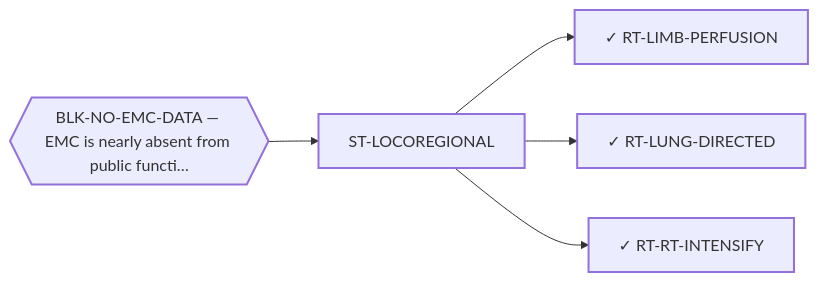
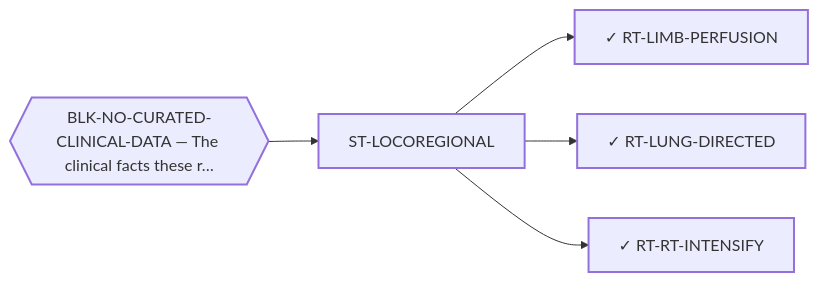
One commit to trimcrae/Rare-cancers changed the diagram in systems/views/L1-st-locoregional.md. Above: the diagram before and after it, drawn with Mermaid. The commit also changed other lines of this file and 41 other files, not shown here.

````diff
--- a/systems/views/L1-st-locoregional.md
+++ b/systems/views/L1-st-locoregional.md
@@ -36,17 +36,17 @@
 ```mermaid
 flowchart LR
   ST_LOCOREGIONAL["ST-LOCOREGIONAL"]:::fam
   RT_LIMB_PERFUSION["✓ RT-LIMB-PERFUSION"]:::fam
   ST_LOCOREGIONAL --> RT_LIMB_PERFUSION
   RT_LUNG_DIRECTED["✓ RT-LUNG-DIRECTED"]:::fam
   ST_LOCOREGIONAL --> RT_LUNG_DIRECTED
   RT_RT_INTENSIFY["✓ RT-RT-INTENSIFY"]:::fam
   ST_LOCOREGIONAL --> RT_RT_INTENSIFY
 
-  BLK_NO_EMC_DATA{{"BLK-NO-EMC-DATA — EMC is nearly absent from public functi…"}}:::blk
-  BLK_NO_EMC_DATA --> ST_LOCOREGIONAL
+  BLK_NO_CURATED_CLINICAL_DATA{{"BLK-NO-CURATED-CLINICAL-DATA — The clinical facts these r…"}}:::blk
+  BLK_NO_CURATED_CLINICAL_DATA --> ST_LOCOREGIONAL
   classDef fam stroke-width:2px;
   classDef blk stroke-width:2px;
   classDef perm stroke-width:4px;
   classDef tech stroke-width:1px,stroke-dasharray:4 3;
 ```
````
